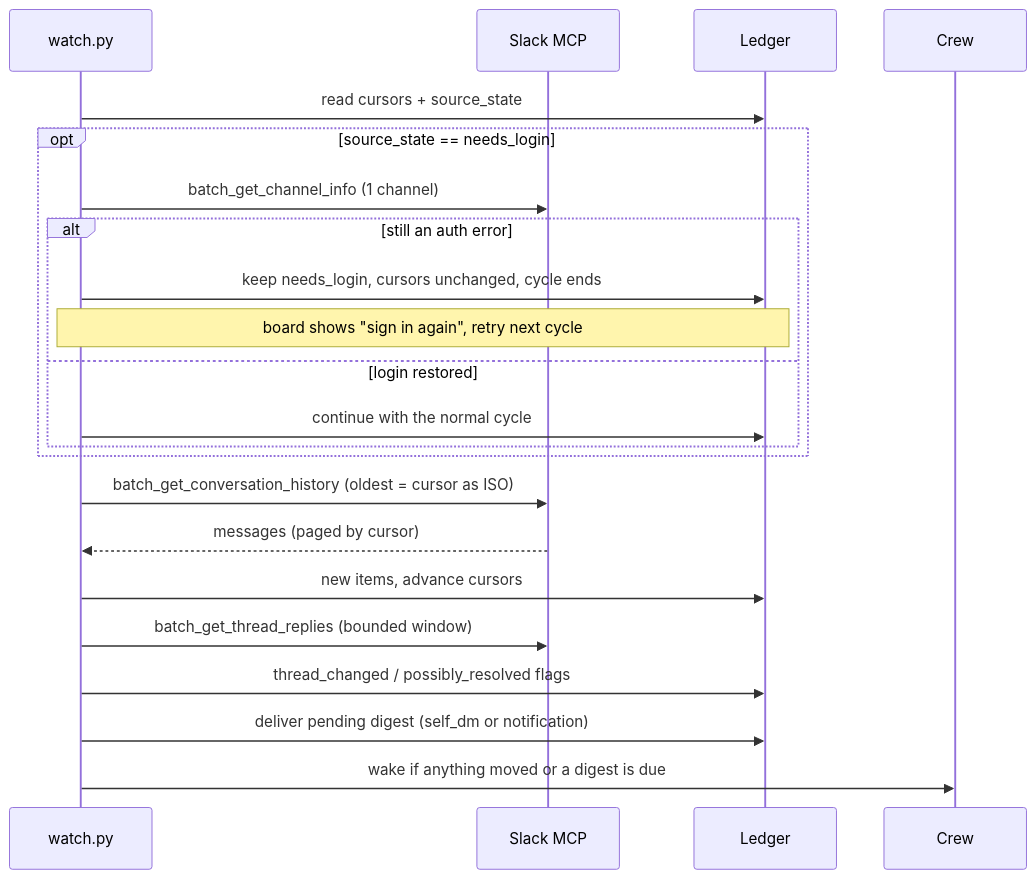
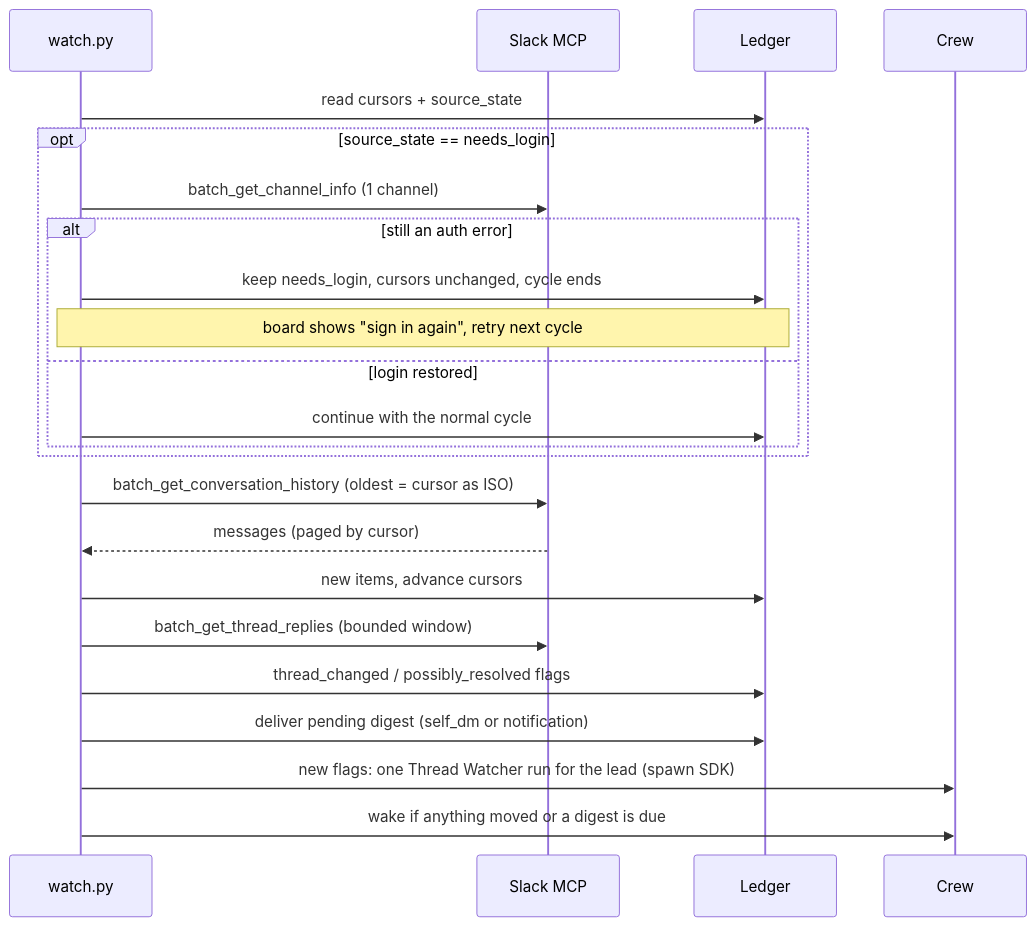
Before and after one commit to iamwhatever/slack-radar: the second of 2 diagrams in README.md, drawn with Mermaid. The commit also changed other lines of this file and 26 other files, not shown here.

First line of the commit message:
feat(crew): show every member's last run; the Lead's Thread Watcher judges flags (0.9.1)

````diff
--- a/README.md
+++ b/README.md
@@ -77,24 +78,25 @@
 ```mermaid
 sequenceDiagram
   participant W as watch.py
   participant M as Slack MCP
   participant L as Ledger
   participant C as Crew
   W->>L: read cursors + source_state
   opt source_state == needs_login
     W->>M: batch_get_channel_info (1 channel)
     alt still an auth error
       W->>L: keep needs_login, cursors unchanged, cycle ends
       Note over W,L: board shows "sign in again", retry next cycle
     else login restored
       W->>L: continue with the normal cycle
     end
   end
   W->>M: batch_get_conversation_history (oldest = cursor as ISO)
   M-->>W: messages (paged by cursor)
   W->>L: new items, advance cursors
   W->>M: batch_get_thread_replies (bounded window)
   W->>L: thread_changed / possibly_resolved flags
   W->>L: deliver pending digest (self_dm or notification)
+  W->>C: new flags: one Thread Watcher run for the lead (spawn SDK)
   W->>C: wake if anything moved or a digest is due
 ```
````
